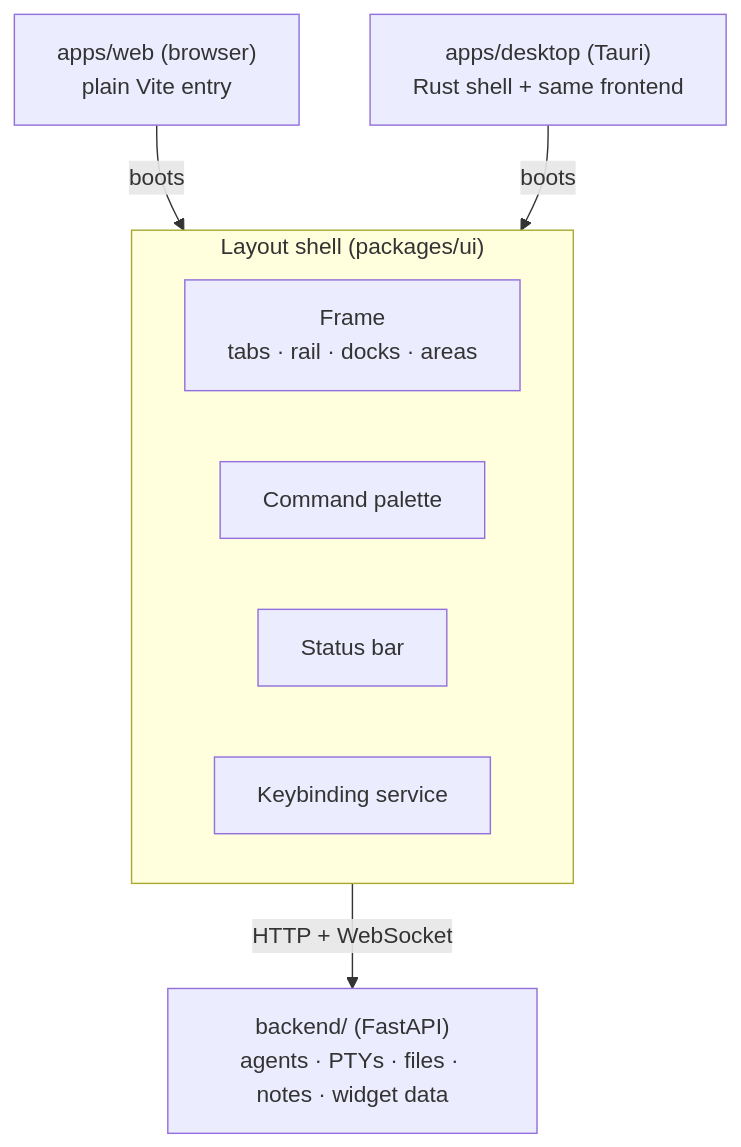
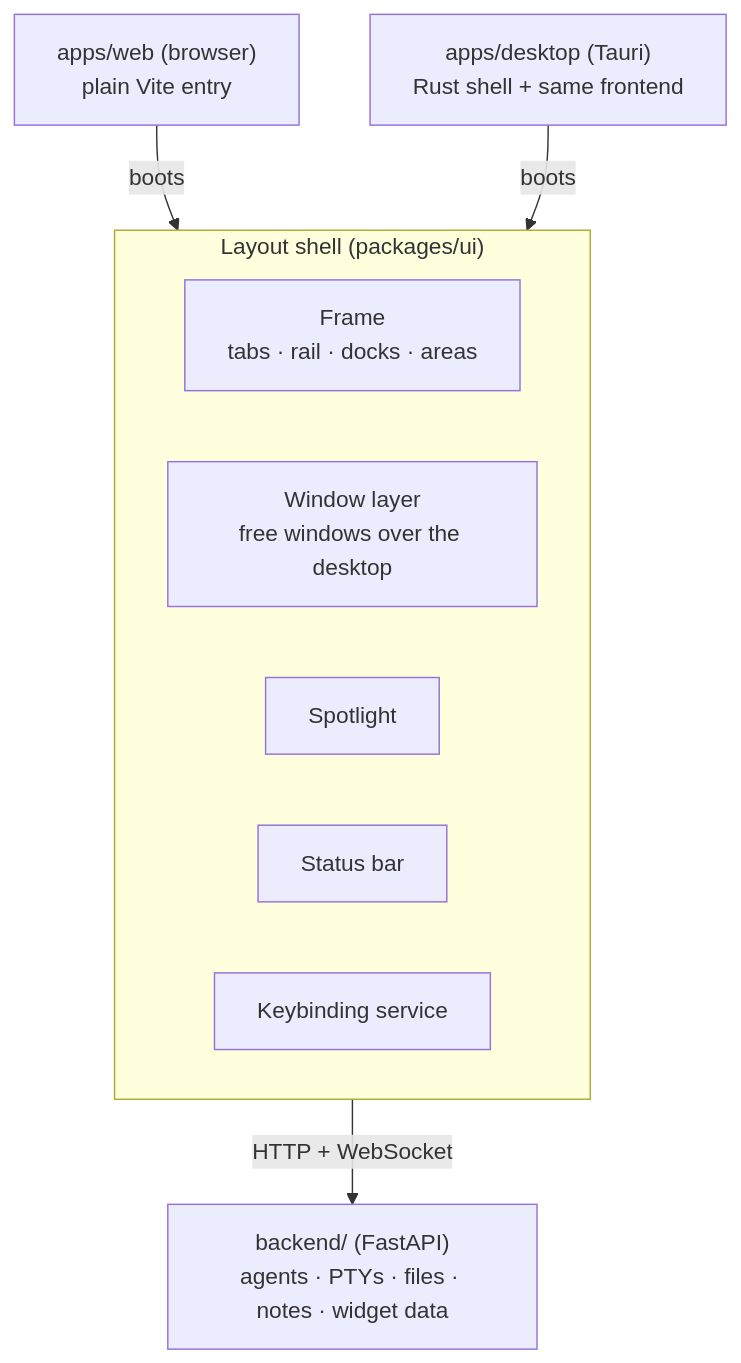
Before and after one commit to ConstCorrectness/horrible-dashboard: the diagram in docs/architecture/layout-shell.mdx, drawn with Mermaid. The commit also changed other lines of this file and 92 other files, not shown here.

````diff
--- a/docs/architecture/layout-shell.mdx
+++ b/docs/architecture/layout-shell.mdx
@@ -13,13 +13,14 @@
 ```mermaid
 flowchart TB
     subgraph Shell["Layout shell (packages/ui)"]
         direction LR
         WS["Frame<br/>tabs · rail · docks · areas"]
-        CP["Command palette"]
+        WL["Window layer<br/>free windows over the desktop"]
+        CP["Spotlight"]
         SB["Status bar"]
         KB["Keybinding service"]
     end
     Web["apps/web (browser)<br/>plain Vite entry"] -->|boots| Shell
     Desk["apps/desktop (Tauri)<br/>Rust shell + same frontend"] -->|boots| Shell
     Shell -->|"HTTP + WebSocket"| BE["backend/ (FastAPI)<br/>agents · PTYs · files · notes · widget data"]
 ```
````
